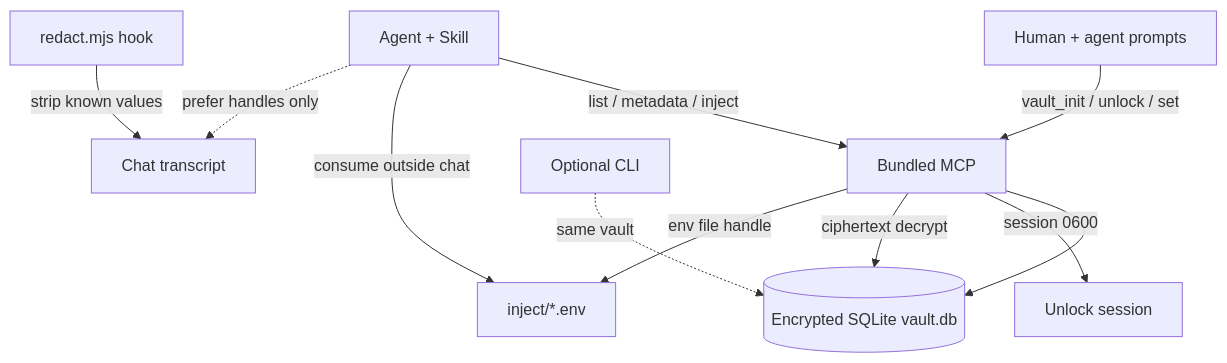
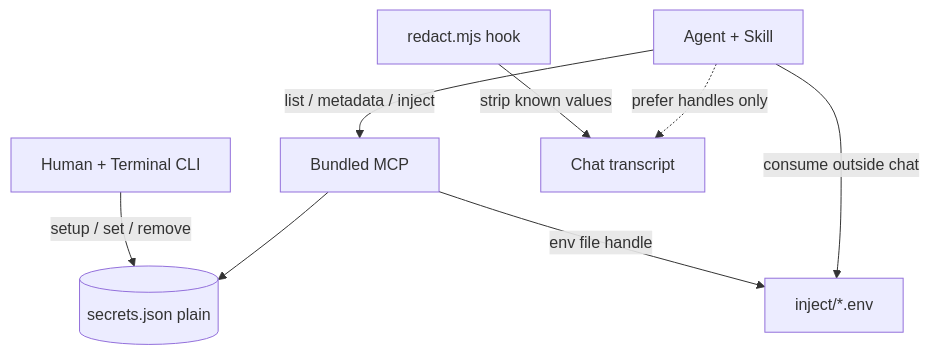
One commit to vishnutvm/password-space changed the diagram in README.md. Above: the diagram before and after it, drawn with Mermaid. The commit also changed other lines of this file and 25 other files, not shown here.

First line of the commit message:
feat: plain-text named secret store as product path

````diff
--- a/README.md
+++ b/README.md
@@ -212,13 +192,10 @@
 ```mermaid
 flowchart TB
-  Human[Human + agent prompts] -->|vault_init / unlock / set| MCP[Bundled MCP]
-  MCP --> Vault[(Encrypted SQLite vault.db)]
-  MCP -->|session 0600| Session[Unlock session]
-  Agent[Agent + Skill] -->|list / metadata / inject| MCP
-  MCP -->|ciphertext decrypt| Vault
+  Human[Human + Terminal CLI] -->|setup / set / remove| Store[(secrets.json plain)]
+  Agent[Agent + Skill] -->|list / metadata / inject| MCP[Bundled MCP]
+  MCP --> Store
   MCP -->|env file handle| Inject[inject/*.env]
   Agent -->|consume outside chat| Inject
   Hook[redact.mjs hook] -->|strip known values| Chat[Chat transcript]
   Agent -.->|prefer handles only| Chat
-  CLI[Optional CLI] -.->|same vault| Vault
 ```
````
